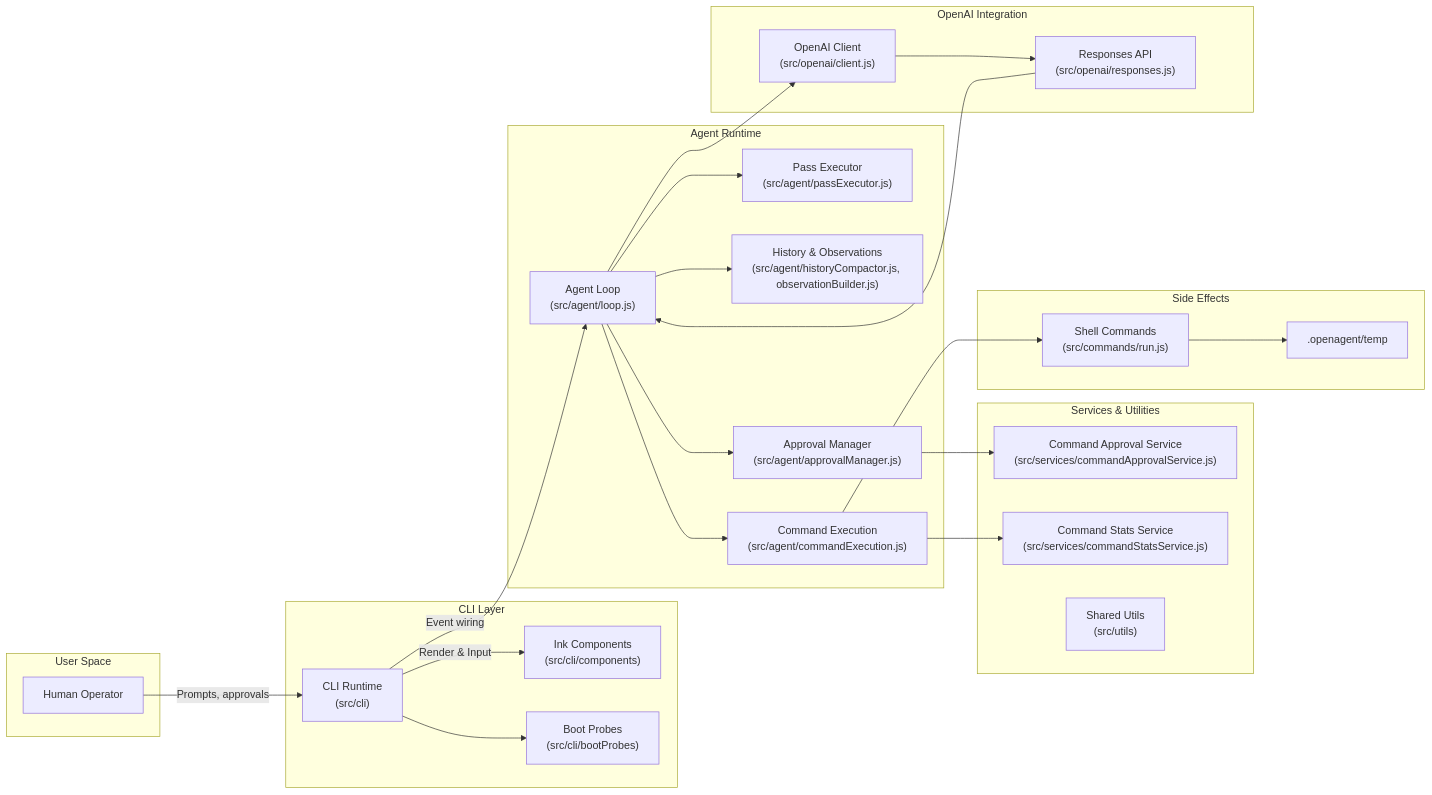
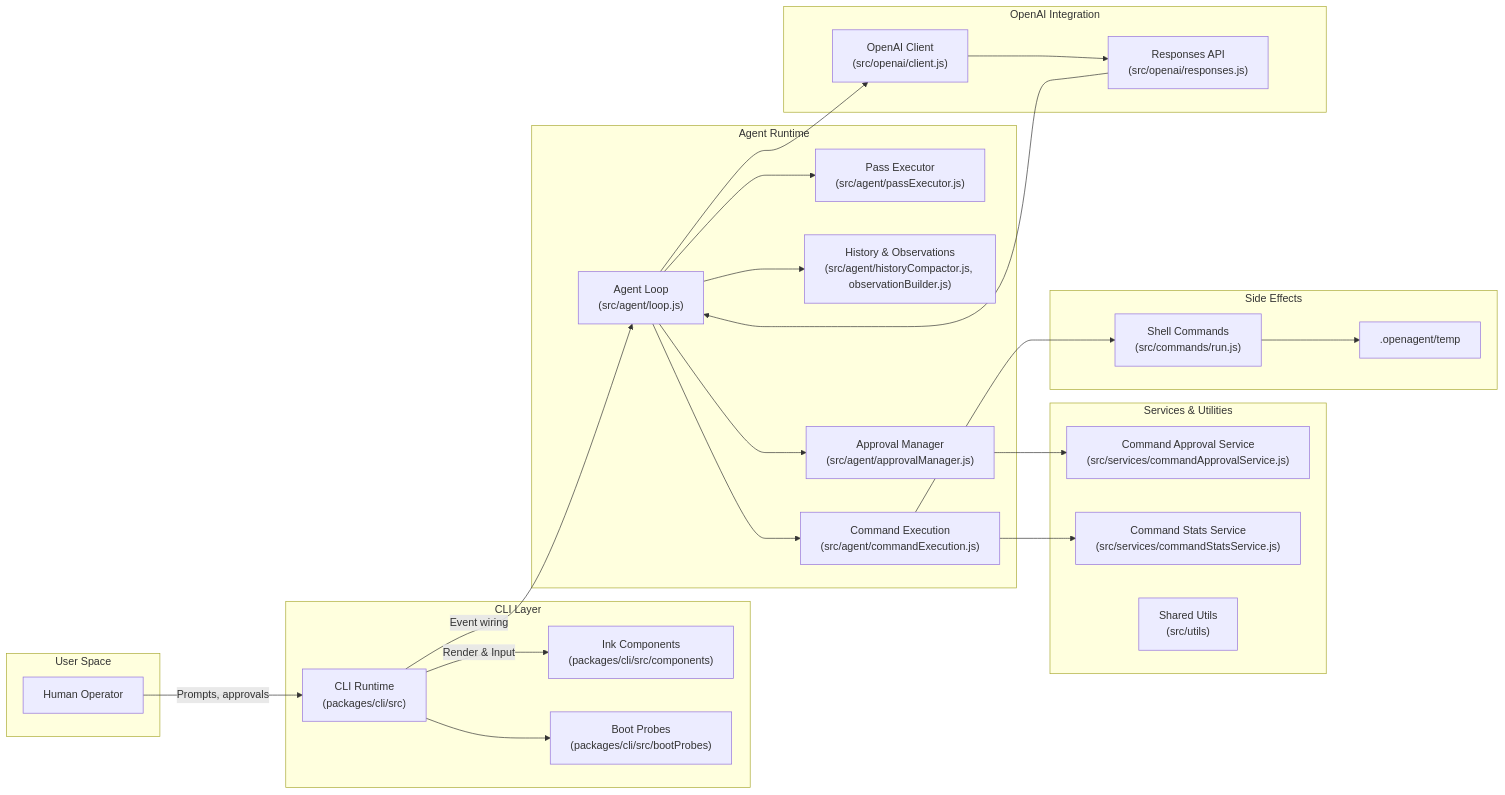
The first of 3 diagrams in docs/architecture.md (asynkron/OpenAgent), drawn with Mermaid before and after one commit. The commit also changed other lines of this file and 135 other files, not shown here.

Commit message:
Split CLI and core into workspace packages

````diff
--- a/docs/architecture.md
+++ b/docs/architecture.md
@@ -9,54 +9,54 @@
 ```mermaid
 flowchart LR
     subgraph User Space
         U["Human Operator"]
     end
 
     subgraph CLI Layer
-        CLI["CLI Runtime\n(src/cli)"]
-        Ink["Ink Components\n(src/cli/components)"]
-        Probes["Boot Probes\n(src/cli/bootProbes)"]
+        CLI["CLI Runtime\n(packages/cli/src)"]
+        Ink["Ink Components\n(packages/cli/src/components)"]
+        Probes["Boot Probes\n(packages/cli/src/bootProbes)"]
     end
 
     subgraph Agent Runtime
         Loop["Agent Loop\n(src/agent/loop.js)"]
         Pass["Pass Executor\n(src/agent/passExecutor.js)"]
         History["History & Observations\n(src/agent/historyCompactor.js, observationBuilder.js)"]
         ApprovalMgr["Approval Manager\n(src/agent/approvalManager.js)"]
         CmdExec["Command Execution\n(src/agent/commandExecution.js)"]
     end
 
     subgraph Services & Utilities
         ApprovalSvc["Command Approval Service\n(src/services/commandApprovalService.js)"]
         StatsSvc["Command Stats Service\n(src/services/commandStatsService.js)"]
         Utils["Shared Utils\n(src/utils)"]
     end
 
     subgraph Side Effects
         Shell["Shell Commands\n(src/commands/run.js)"]
         Temp[".openagent/temp"]
     end
 
     subgraph OpenAI Integration
         OpenAIClient["OpenAI Client\n(src/openai/client.js)"]
         Responses["Responses API\n(src/openai/responses.js)"]
     end
 
     U -->|Prompts, approvals| CLI
     CLI -->|Render & Input| Ink
     CLI --> Probes
     CLI -->|Event wiring| Loop
 
     Loop --> Pass
     Loop --> History
     Loop --> ApprovalMgr
     Loop --> CmdExec
     Loop --> OpenAIClient
 
     ApprovalMgr --> ApprovalSvc
     CmdExec --> Shell
     Shell --> Temp
     CmdExec --> StatsSvc
     Responses --> Loop
     OpenAIClient --> Responses
 ```
````
